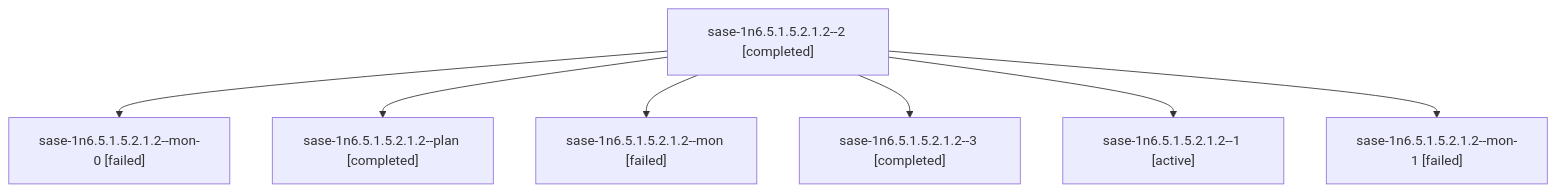
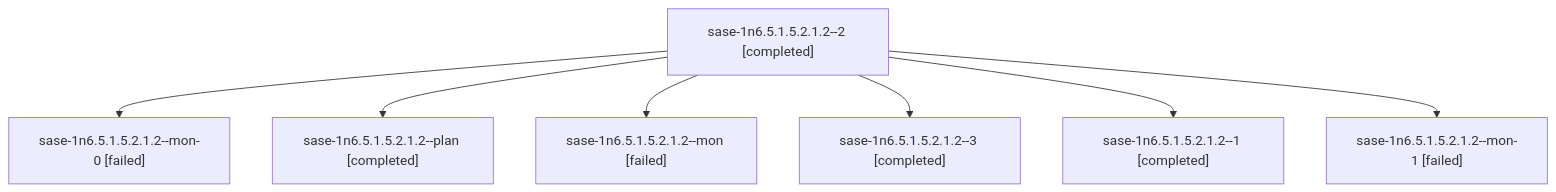
Before and after one commit to sase-org/sase--agents: the diagram in sessions/bbugyi200.athena.sase-1n6.5.1.5.2.1.2.md, drawn with Mermaid. The commit also changed other lines of this file and 136 other files, not shown here.

````diff
--- a/sessions/bbugyi200.athena.sase-1n6.5.1.5.2.1.2.md
+++ b/sessions/bbugyi200.athena.sase-1n6.5.1.5.2.1.2.md
@@ -9,16 +9,16 @@
 ```mermaid
 flowchart TD
   n0["sase-1n6.5.1.5.2.1.2--2 [completed]"]
   n1["sase-1n6.5.1.5.2.1.2--mon-0 [failed]"]
   n0 --> n1
   n2["sase-1n6.5.1.5.2.1.2--plan [completed]"]
   n0 --> n2
   n3["sase-1n6.5.1.5.2.1.2--mon [failed]"]
   n0 --> n3
   n4["sase-1n6.5.1.5.2.1.2--3 [completed]"]
   n0 --> n4
-  n5["sase-1n6.5.1.5.2.1.2--1 [active]"]
+  n5["sase-1n6.5.1.5.2.1.2--1 [completed]"]
   n0 --> n5
   n6["sase-1n6.5.1.5.2.1.2--mon-1 [failed]"]
   n0 --> n6
 ```
````
